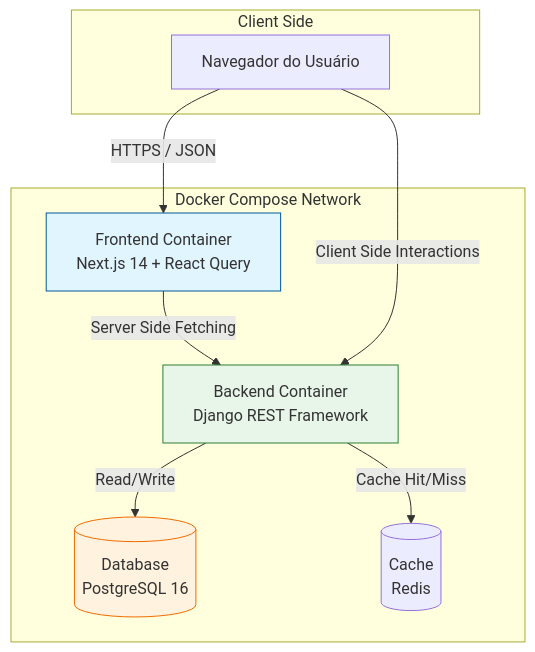
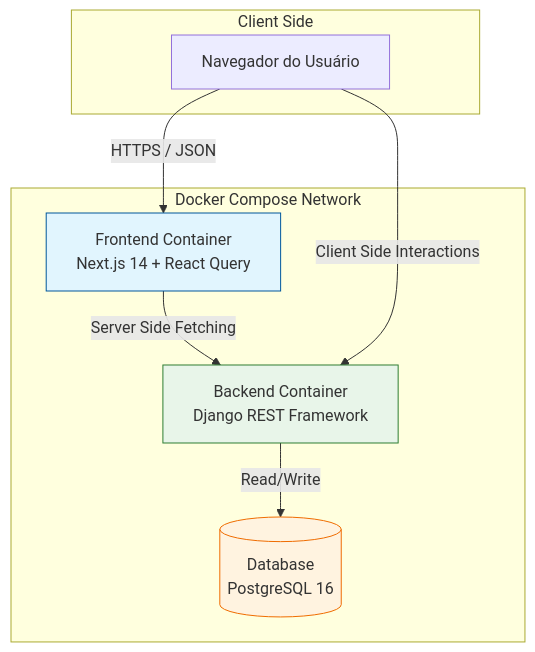
One commit to paulojoseph/sigma-loc10 changed the first of 2 diagrams in README.md. Above: the diagram before and after it, drawn with Mermaid. The commit also changed other lines of this file, not shown here.

````diff
--- a/README.md
+++ b/README.md
@@ -34,23 +42,21 @@
 ```mermaid
 graph TD
     subgraph "Client Side"
         Browser[Navegador do Usuário]
     end
 
     subgraph "Docker Compose Network"
         FE[Frontend Container<br/>Next.js 14 + React Query]
         API[Backend Container<br/>Django REST Framework]
         DB[(Database<br/>PostgreSQL 16)]
-        Cache[(Cache<br/>Redis)]
     end
 
     Browser -->|HTTPS / JSON| FE
     FE -->|Server Side Fetching| API
     Browser -->|Client Side Interactions| API
     API -->|Read/Write| DB
-    API -->|Cache Hit/Miss| Cache
     
     style FE fill:#e1f5fe,stroke:#01579b
     style API fill:#e8f5e9,stroke:#2e7d32
     style DB fill:#fff3e0,stroke:#ef6c00
 ```
````
